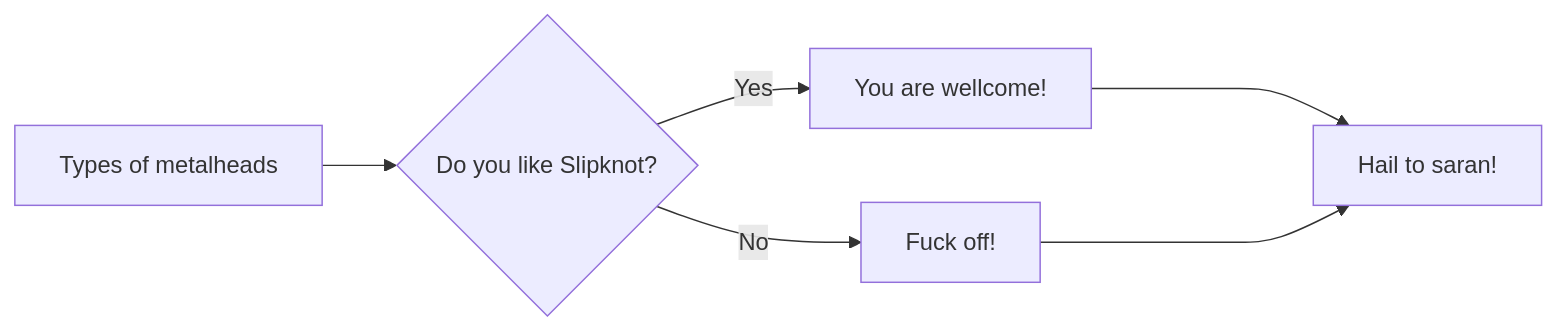
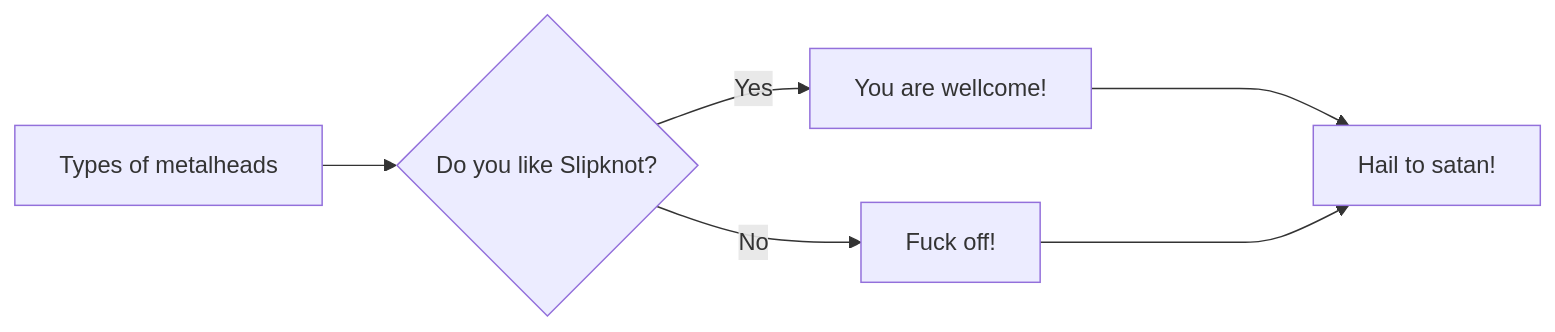
Before and after one commit to KillReall666/ya-git: the diagram in README.md, drawn with Mermaid.

Commit message:
Исправление ошибки в mermaid-схеме

````diff
--- a/README.md
+++ b/README.md
@@ -69,8 +69,8 @@
 ```mermaid
 graph LR;
   A[Types of metalheads] -->B{Do you like Slipknot?};
   B -- Yes --> C[You are wellcome!];
   B -- No --> D[Fuck off!];
   C ----> E[Hail to satan!];
-  D ----> E[Hail to saran!];
+  D ----> E[Hail to satan!];
 ```
````
